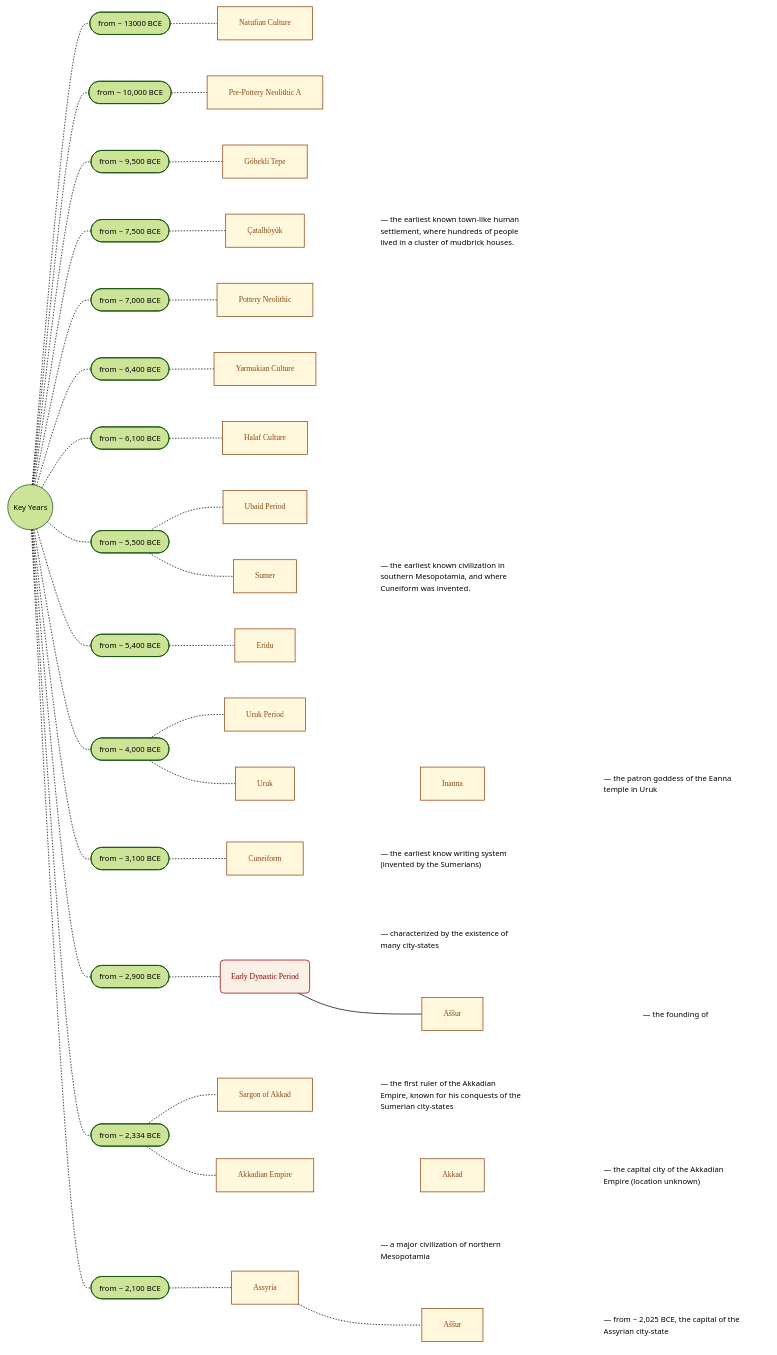
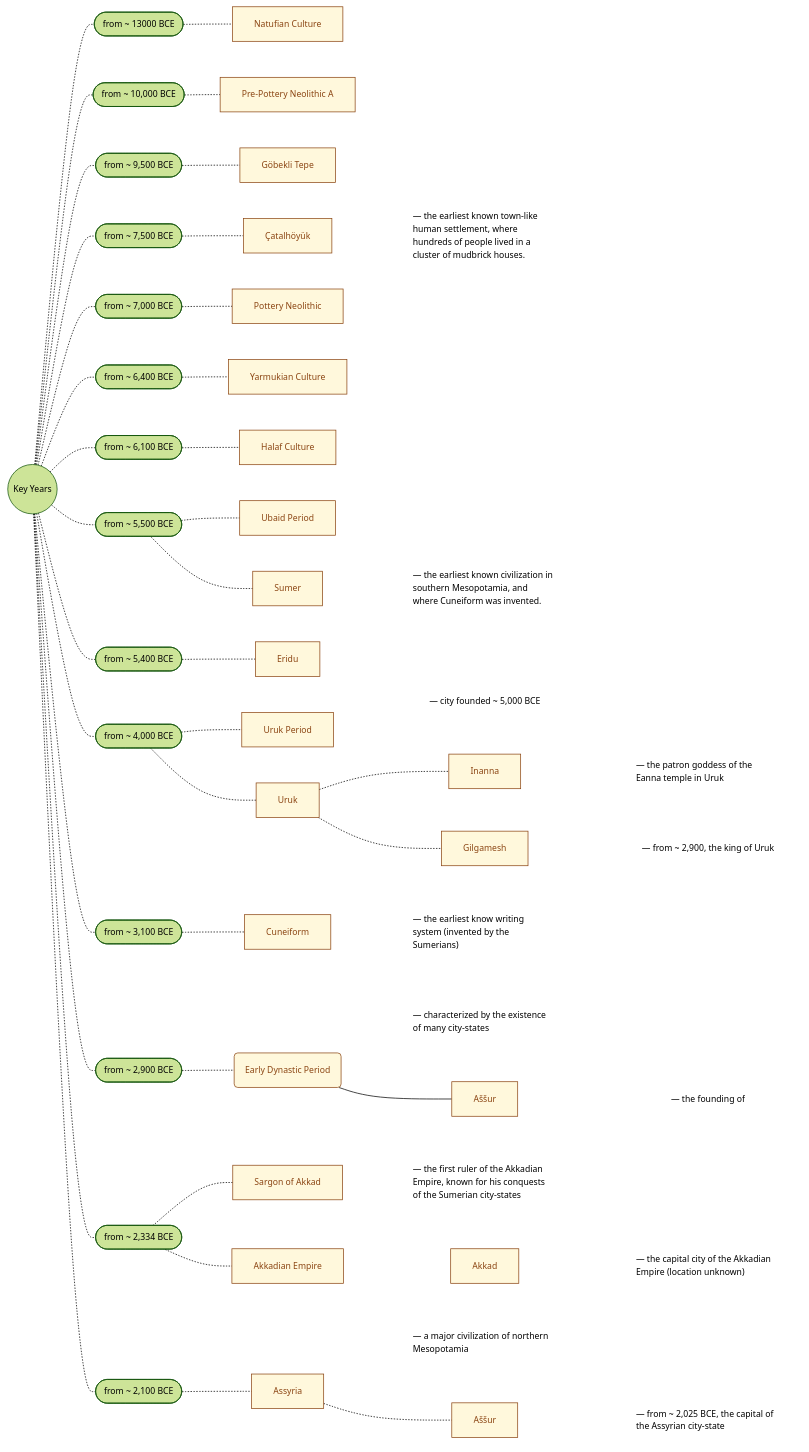
The diagram in mesopotamia_v1.01.md (joe-dorward/samples), drawn with Mermaid before and after one commit.

````diff
--- a/mesopotamia_v1.01.md
+++ b/mesopotamia_v1.01.md
@@ -5,10 +5,20 @@
 ```mermaid
-%%{init: { 'theme':'forest', 'themeVariables': { 'fontSize':'8pt' } }}%%
+%%{
+  init: {
+    'theme': 'forest',
+    'themeVariables': {
+      'fontSize':'9pt'
+
+    }
+  }
+}%%
+
+
 flowchart LR
-%%classDef Note_b fill:cornsilk, stroke:saddlebrown, color:saddlebrown, font-family:verdana, text-align:left, margin:0px, padding:0px, height:40px;
-%%classDef Note fill:cornsilk, stroke:saddlebrown, color:saddlebrown, font-family:verdana, text-align:left, line-height:150%, margin:0px, padding:0px;
-classDef Period fill:linen, stroke:darkred, color:darkred;
-classDef Note fill:cornsilk, stroke:saddlebrown, color:saddlebrown, font-family:verdana, line-height:150%, margin:0px, padding:0px;
+%%classDef Note_b fill:cornsilk, stroke:saddlebrown, color:saddlebrown, text-align:left, margin:0px, padding:0px, height:40px;
+%%classDef Note fill:cornsilk, stroke:saddlebrown, color:saddlebrown, text-align:left, line-height:150%, margin:0px, padding:0px;
+%%classDef Period fill:linen, stroke:darkred, color:darkred;
+classDef Note fill:cornsilk, stroke:saddlebrown, color:saddlebrown, line-height:150%, margin:0px, padding:0px;
 classDef Summary fill:white, stroke:white, text-align:left
 
       KEY_YEARS(("Key Years"))
@@ -57,11 +67,16 @@
             click URUK_PERIOD "https://en.wikipedia.org/wiki/Uruk_period" _blank
 
             URUK[Uruk]
+            URUK_NOTE[#151; city founded ~ 5,000 BCE]
             click URUK "https://en.wikipedia.org/wiki/Uruk" _blank
 
             INANNA[Inanna]
             INANNA_NOTE[#151; the patron goddess of the Eanna temple in Uruk]
             click INANNA "https://en.wikipedia.org/wiki/Inanna" _blank
+
+            GILGAMESH[Gilgamesh]
+            GILGAMESH_NOTE[#151; from ~ 2,900, the king of Uruk]
+            click GILGAMESH "https://en.wikipedia.org/wiki/Gilgamesh" _blank
 
       3100([from ~ 3,100 BCE])
             CUNEIFORM[Cuneiform]
@@ -69,8 +84,8 @@
             click CUNEIFORM "https://en.wikipedia.org/wiki/Cuneiform" _blank
 
 
-      class NATUFIAN,PRE_POTTERY_NEOLITHIC_A,GOBEKLI_TEPE,CATALHOYUK,POTTERY_NEOLITHIC,YARNUKIAN,HALAF,UBAID,SUMER,ERIDU,URUK_PERIOD,URUK,INANNA,CUNEIFORM Note;
-      class CATALHOYUK_NOTE,SUMER_NOTE,INANNA_NOTE,CUNEIFORM_NOTE Summary
+      class NATUFIAN,PRE_POTTERY_NEOLITHIC_A,GOBEKLI_TEPE,CATALHOYUK,POTTERY_NEOLITHIC,YARNUKIAN,HALAF,UBAID,SUMER,ERIDU,URUK_PERIOD,URUK,INANNA,GILGAMESH,CUNEIFORM Note;
+      class CATALHOYUK_NOTE,SUMER_NOTE,URUK_NOTE,INANNA_NOTE,CUNEIFORM_NOTE,GILGAMESH_NOTE Summary
       %% ========== ========== ========== ========== ==========
 
       %% ========== ========== ========== ========== ==========
@@ -84,8 +99,12 @@
       KEY_YEARS-.-5500-.-UBAID
                   5500-.-SUMER~~~SUMER_NOTE
       KEY_YEARS-.-5400-.-ERIDU
+
       KEY_YEARS-.-4000-.-URUK_PERIOD
-                  4000-.-URUK~~~INANNA~~~INANNA_NOTE
+                  4000-.-URUK~~~URUK_NOTE
+                         URUK-.-INANNA~~~INANNA_NOTE
+                         URUK-.-GILGAMESH~~~GILGAMESH_NOTE
+
       KEY_YEARS-.-3100-.-CUNEIFORM~~~CUNEIFORM_NOTE
 
       %% ========== ========== ========== ========== ==========
@@ -148,9 +167,4 @@
 
       %% ========== ========== ========== ========== ==========
 
-    %%linkStyle 0 stroke-width:2px,fill:none,stroke:red;
-    %%linkStyle 1 stroke-width:2px,fill:none,stroke:blue;
-    %%linkStyle 2 stroke-width:2px,fill:none,stroke:red;
-    %%linkStyle 3 stroke-width:2px,fill:none,stroke:blue;
-    %%linkStyle 4 stroke-width:2px,fill:none,stroke:red;
 ```
````
